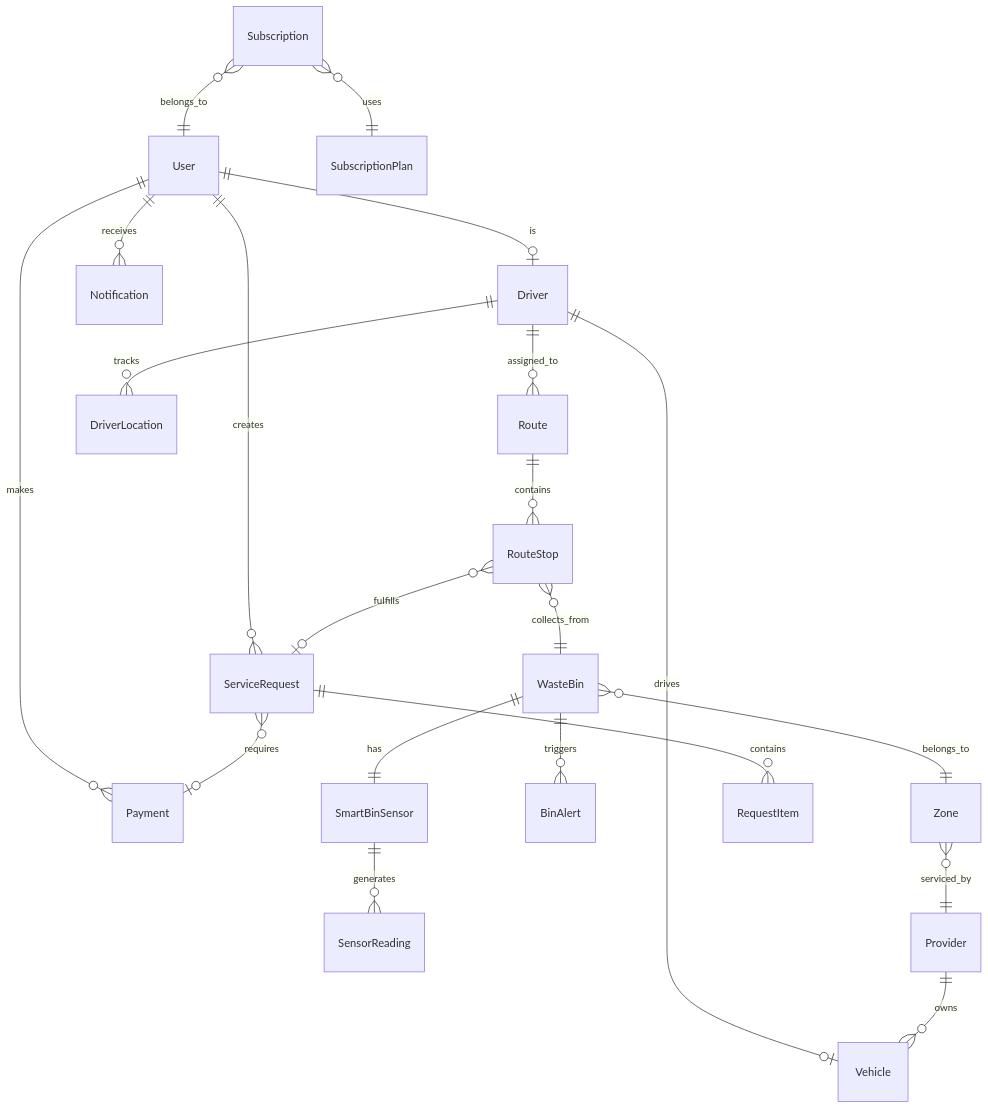
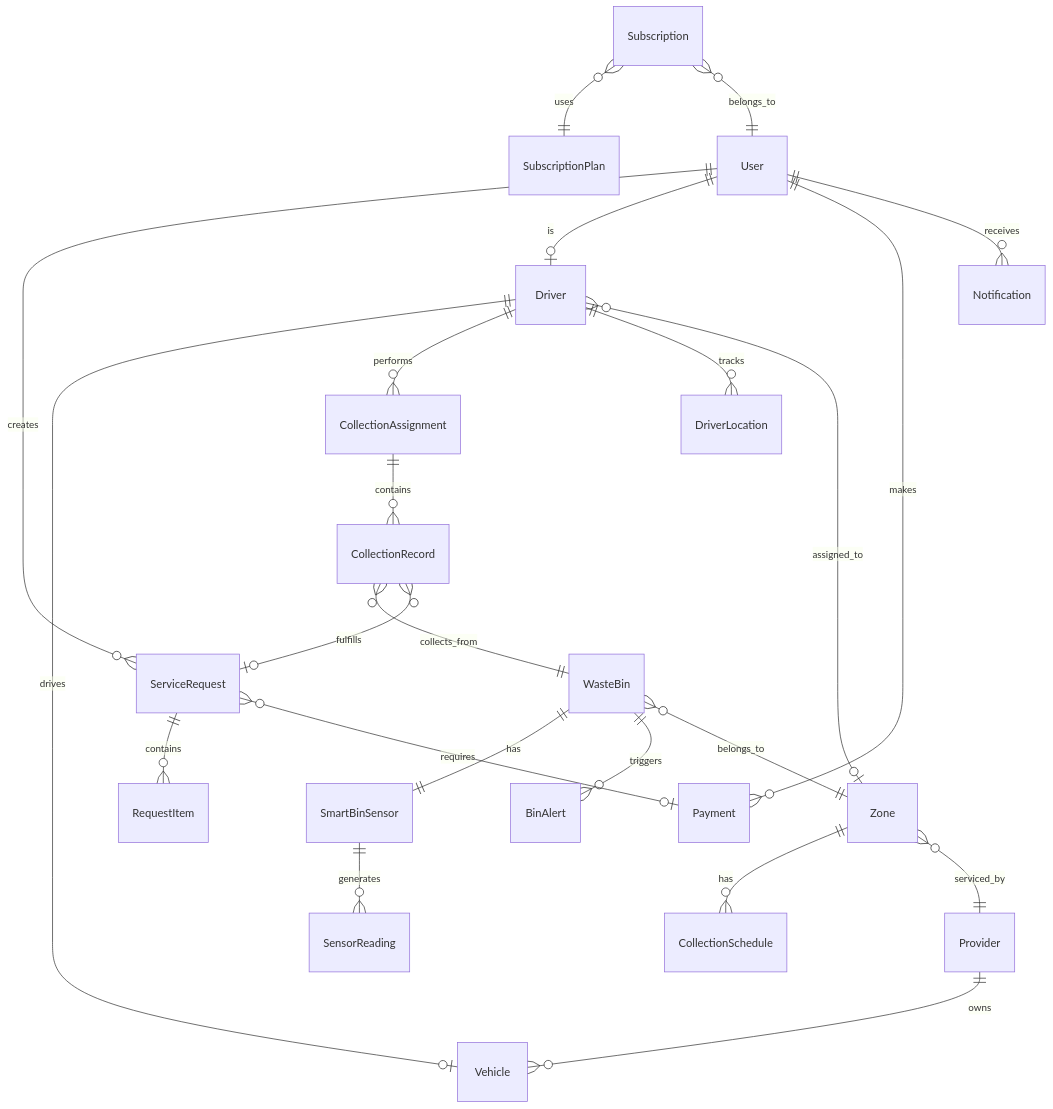
One commit to Ellis-Ayikwei/waste-wise changed the diagram in documentation/wasgo-erd.md. Above: the diagram before and after it, drawn with Mermaid. The commit also changed other lines of this file and 2 other files, not shown here.

Commit message:
Refactor data models and update project documentation for collection management

````diff
--- a/documentation/wasgo-erd.md
+++ b/documentation/wasgo-erd.md
@@ -296,29 +310,32 @@
 ```mermaid
 erDiagram
     User ||--o{ ServiceRequest : creates
     User ||--o| Driver : is
     User ||--o{ Payment : makes
     User ||--o{ Notification : receives
     
     WasteBin ||--|| SmartBinSensor : has
     SmartBinSensor ||--o{ SensorReading : generates
     WasteBin ||--o{ BinAlert : triggers
     WasteBin }o--|| Zone : belongs_to
     
     Driver ||--o| Vehicle : drives
-    Driver ||--o{ Route : assigned_to
+    Driver ||--o{ CollectionAssignment : performs
     Driver ||--o{ DriverLocation : tracks
+    Driver }o--o| Zone : assigned_to
     
-    Route ||--o{ RouteStop : contains
-    RouteStop }o--|| WasteBin : collects_from
-    RouteStop }o--o| ServiceRequest : fulfills
+    CollectionAssignment ||--o{ CollectionRecord : contains
+    CollectionRecord }o--|| WasteBin : collects_from
+    CollectionRecord }o--o| ServiceRequest : fulfills
+    
+    Zone ||--o{ CollectionSchedule : has
+    Zone }o--|| Provider : serviced_by
     
     ServiceRequest ||--o{ RequestItem : contains
     ServiceRequest }o--o| Payment : requires
     
-    Zone }o--|| Provider : serviced_by
     Provider ||--o{ Vehicle : owns
     
     Subscription }o--|| SubscriptionPlan : uses
     Subscription }o--|| User : belongs_to
 ```
````
